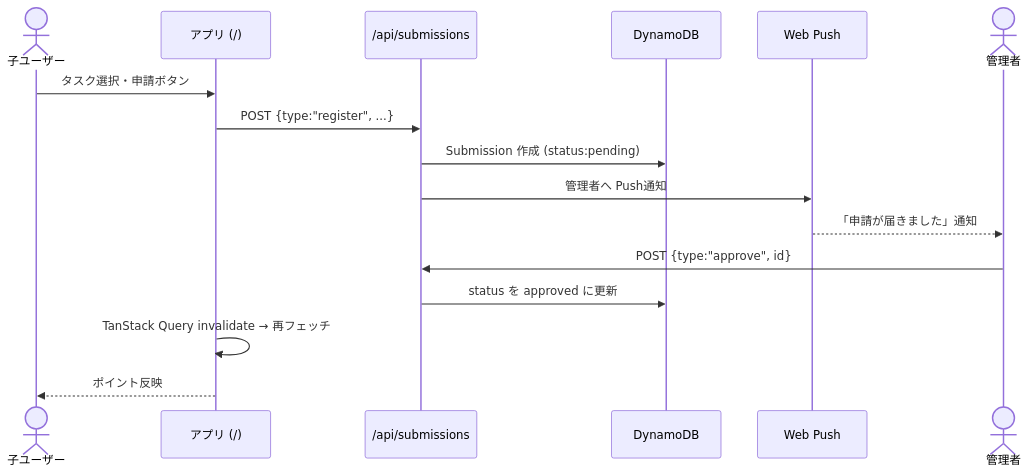
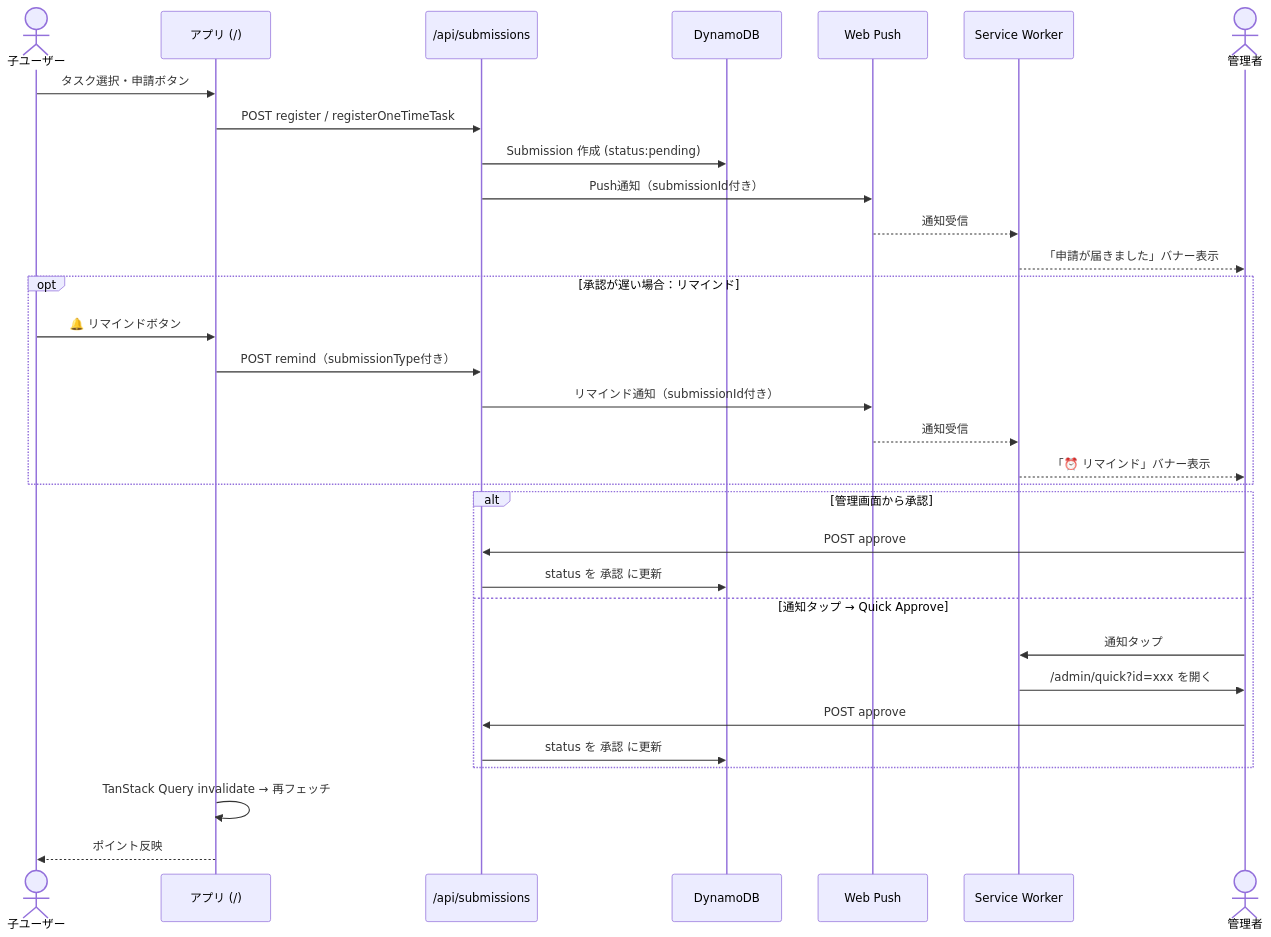
Before and after one commit to YujiOYA/juice-point: the fifth of 7 diagrams in README.md, drawn with Mermaid. The commit also changed other lines of this file, not shown here.

First line of the commit message:
docs: 基本設計のMermaid図を最新の実装に更新

````diff
--- a/README.md
+++ b/README.md
@@ -335,19 +336,38 @@
 ```mermaid
 sequenceDiagram
     actor Child as 子ユーザー
     participant App as アプリ (/)
     participant API as /api/submissions
     participant DB as DynamoDB
     participant Push as Web Push
+    participant SW as Service Worker
     actor Admin as 管理者
 
     Child->>App: タスク選択・申請ボタン
-    App->>API: POST {type:"register", ...}
+    App->>API: POST register / registerOneTimeTask
     API->>DB: Submission 作成 (status:pending)
-    API->>Push: 管理者へ Push通知
-    Push-->>Admin: 「申請が届きました」通知
-    Admin->>API: POST {type:"approve", id}
-    API->>DB: status を approved に更新
+    API->>Push: Push通知（submissionId付き）
+    Push-->>SW: 通知受信
+    SW-->>Admin: 「申請が届きました」バナー表示
+
+    opt 承認が遅い場合：リマインド
+        Child->>App: 🔔 リマインドボタン
+        App->>API: POST remind（submissionType付き）
+        API->>Push: リマインド通知（submissionId付き）
+        Push-->>SW: 通知受信
+        SW-->>Admin: 「⏰ リマインド」バナー表示
+    end
+
+    alt 管理画面から承認
+        Admin->>API: POST approve
+        API->>DB: status を 承認 に更新
+    else 通知タップ → Quick Approve
+        Admin->>SW: 通知タップ
+        SW->>Admin: /admin/quick?id=xxx を開く
+        Admin->>API: POST approve
+        API->>DB: status を 承認 に更新
+    end
+
     App->>App: TanStack Query invalidate → 再フェッチ
     App-->>Child: ポイント反映
 ```
````
